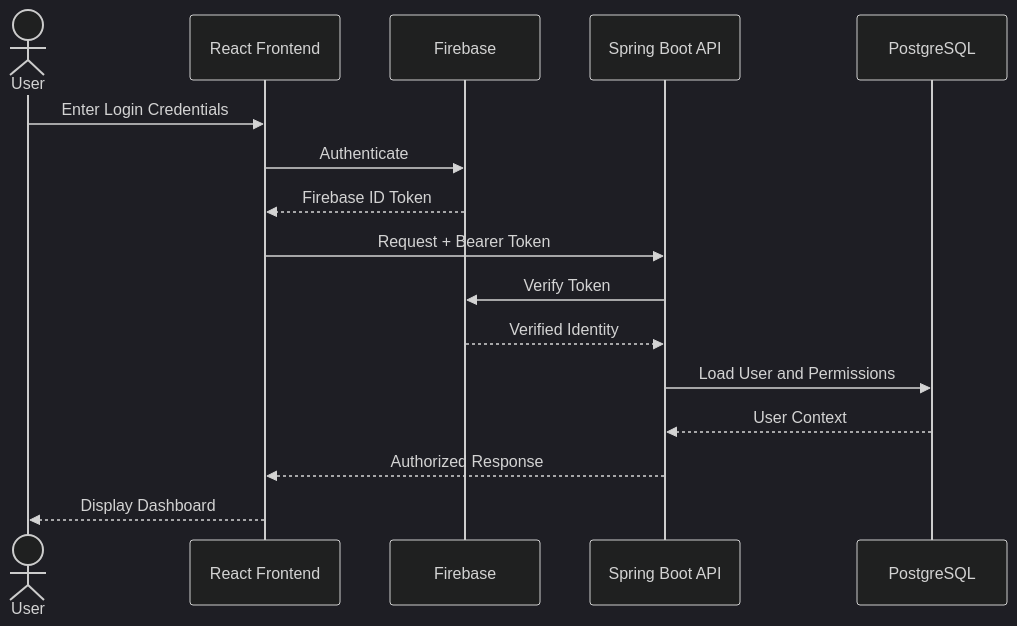
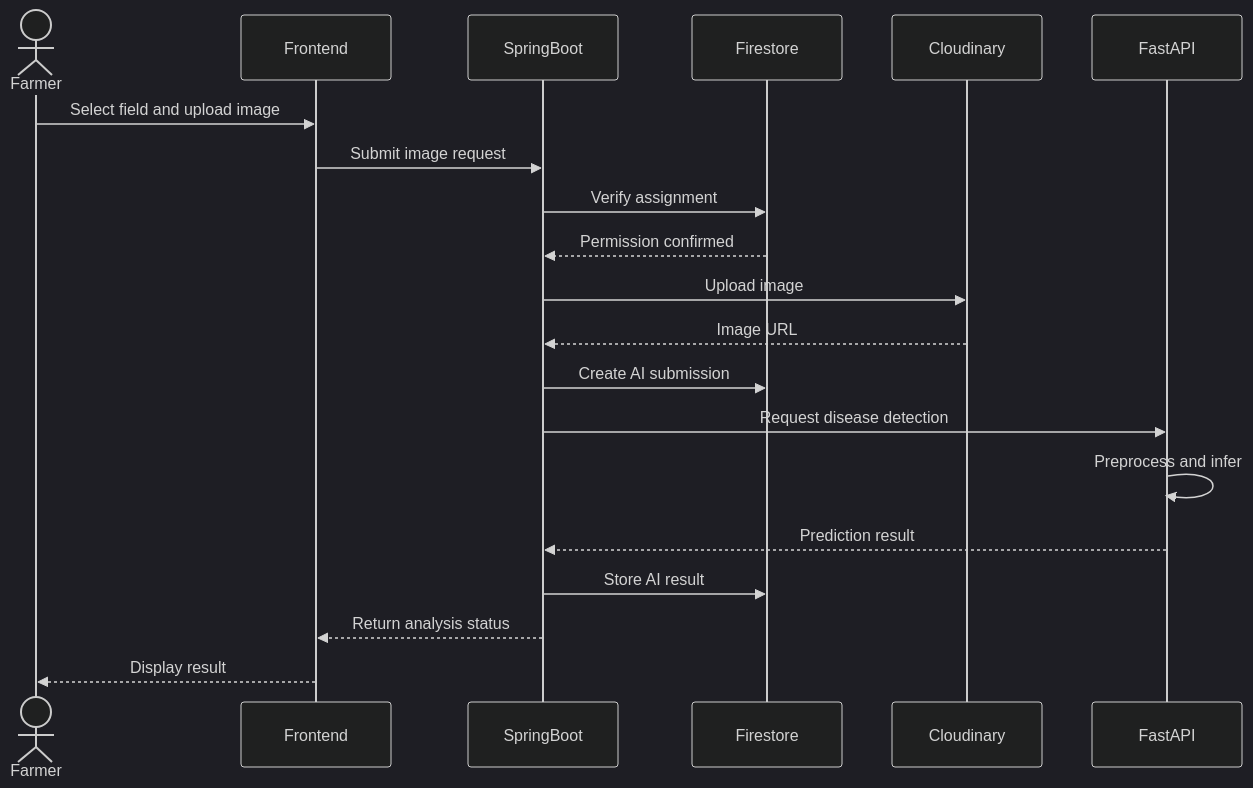
Diagram 14 of 16 in README.md (suyabamin/Aop-project-documantation), drawn with Mermaid (dark theme) before and after one commit. The commit also changed other lines of this file, not shown here.

````diff
--- a/README.md
+++ b/README.md
@@ -945,19 +1363,28 @@
 ```mermaid
 sequenceDiagram
-    actor User
-    participant UI as React Frontend
-    participant Firebase
-    participant API as Spring Boot API
-    participant DB as PostgreSQL
 
-    User->>UI: Enter Login Credentials
-    UI->>Firebase: Authenticate
-    Firebase-->>UI: Firebase ID Token
-    UI->>API: Request + Bearer Token
-    API->>Firebase: Verify Token
-    Firebase-->>API: Verified Identity
-    API->>DB: Load User and Permissions
-    DB-->>API: User Context
-    API-->>UI: Authorized Response
-    UI-->>User: Display Dashboard
+    actor Farmer
+    participant Frontend
+    participant SpringBoot
+    participant Firestore
+    participant Cloudinary
+    participant AI as FastAPI
+
+    Farmer->>Frontend: Select field and upload image
+    Frontend->>SpringBoot: Submit image request
+    SpringBoot->>Firestore: Verify assignment
+    Firestore-->>SpringBoot: Permission confirmed
+
+    SpringBoot->>Cloudinary: Upload image
+    Cloudinary-->>SpringBoot: Image URL
+
+    SpringBoot->>Firestore: Create AI submission
+    SpringBoot->>AI: Request disease detection
+
+    AI->>AI: Preprocess and infer
+    AI-->>SpringBoot: Prediction result
+
+    SpringBoot->>Firestore: Store AI result
+    SpringBoot-->>Frontend: Return analysis status
+    Frontend-->>Farmer: Display result
 ```
````
